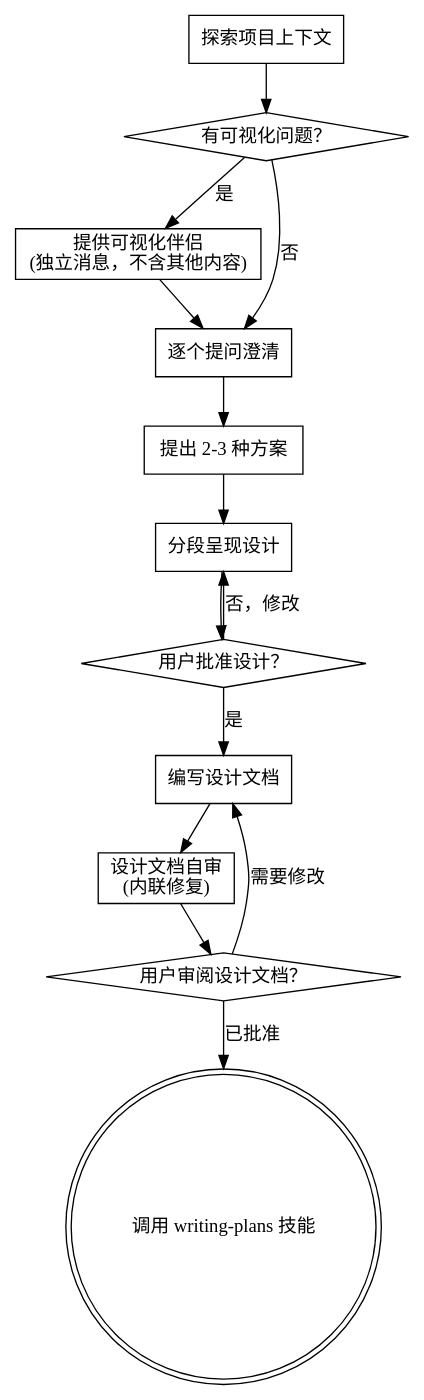
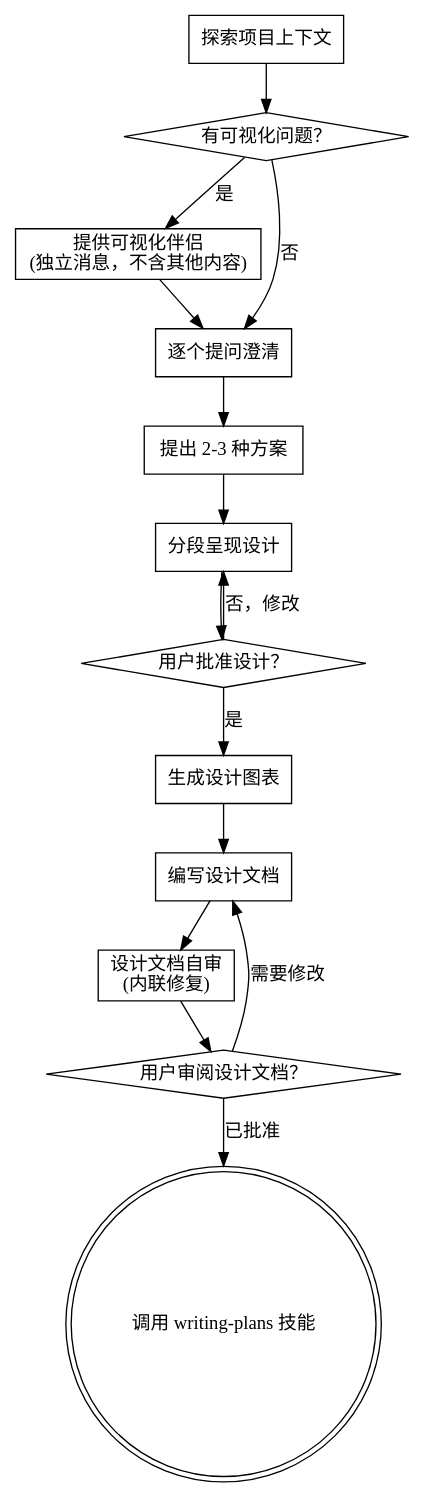
The first of 5 diagrams in skills/brainstorming/SKILL.md (Geek-Bob/SuperpowersLite), drawn with Graphviz before and after one commit. The commit also changed other lines of this file and 1 other file, not shown here.

First line of the commit message:
feat(brainstorming): 新增图表驱动设计 — ASCII 框图 + Mermaid

````diff
--- a/skills/brainstorming/SKILL.md
+++ b/skills/brainstorming/SKILL.md
@@ -36,29 +37,31 @@
 ```dot
 digraph brainstorming {
     "探索项目上下文" [shape=box];
     "有可视化问题？" [shape=diamond];
     "提供可视化伴侣\n(独立消息，不含其他内容)" [shape=box];
     "逐个提问澄清" [shape=box];
     "提出 2-3 种方案" [shape=box];
     "分段呈现设计" [shape=box];
     "用户批准设计？" [shape=diamond];
+    "生成设计图表" [shape=box];
     "编写设计文档" [shape=box];
     "设计文档自审\n(内联修复)" [shape=box];
     "用户审阅设计文档？" [shape=diamond];
     "调用 writing-plans 技能" [shape=doublecircle];
 
     "探索项目上下文" -> "有可视化问题？";
     "有可视化问题？" -> "提供可视化伴侣\n(独立消息，不含其他内容)" [label="是"];
     "有可视化问题？" -> "逐个提问澄清" [label="否"];
     "提供可视化伴侣\n(独立消息，不含其他内容)" -> "逐个提问澄清";
     "逐个提问澄清" -> "提出 2-3 种方案";
     "提出 2-3 种方案" -> "分段呈现设计";
     "分段呈现设计" -> "用户批准设计？";
     "用户批准设计？" -> "分段呈现设计" [label="否，修改"];
-    "用户批准设计？" -> "编写设计文档" [label="是"];
+    "用户批准设计？" -> "生成设计图表" [label="是"];
+    "生成设计图表" -> "编写设计文档";
     "编写设计文档" -> "设计文档自审\n(内联修复)";
     "设计文档自审\n(内联修复)" -> "用户审阅设计文档？";
     "用户审阅设计文档？" -> "编写设计文档" [label="需要修改"];
     "用户审阅设计文档？" -> "调用 writing-plans 技能" [label="已批准"];
 }
 ```
````
